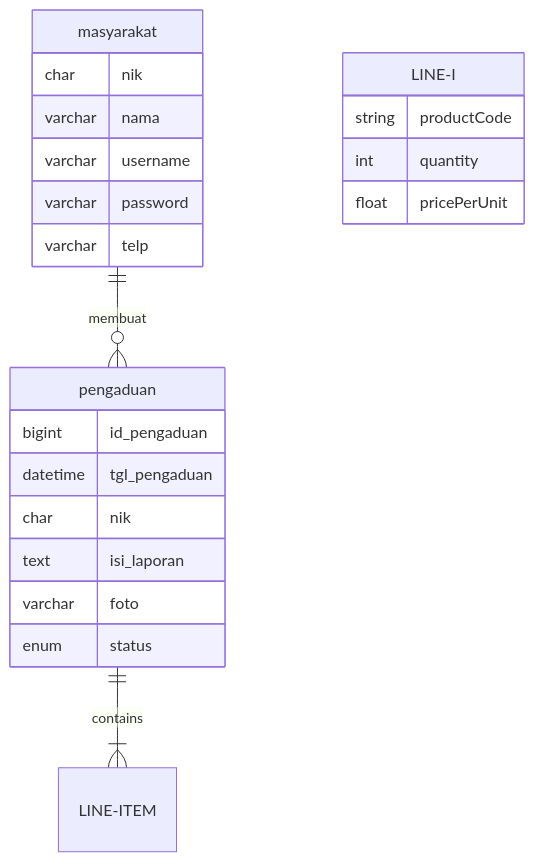
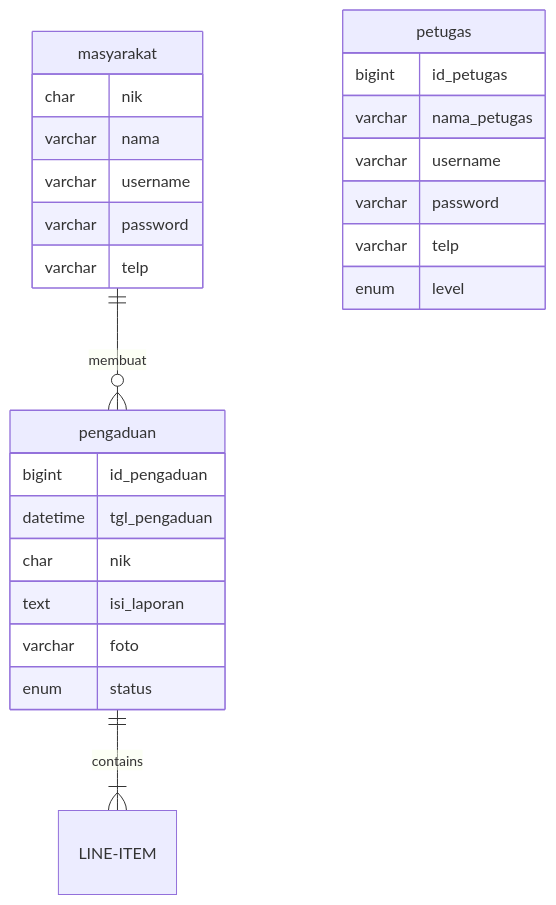
The diagram in job_interview.md (fauzanzianulhaq/pengenalan-informatika), drawn with Mermaid before and after one commit.

````diff
--- a/job_interview.md
+++ b/job_interview.md
@@ -15,25 +15,28 @@
 ```mermaid
 erDiagram
     masyarakat ||--o{ pengaduan : membuat
     masyarakat {
         char nik
         varchar nama
         varchar username
         varchar password
         varchar telp
     }
     pengaduan ||--|{ LINE-ITEM : contains
     pengaduan {
         bigint id_pengaduan
         datetime tgl_pengaduan
         char nik
         text isi_laporan
         varchar foto
         enum status
     }
-    LINE-I {
-        string productCode
-        int quantity
-        float pricePerUnit
+    petugas {
+        bigint id_petugas
+        varchar nama_petugas
+        varchar username
+        varchar password
+        varchar telp
+        enum level
     }
 ```
````
